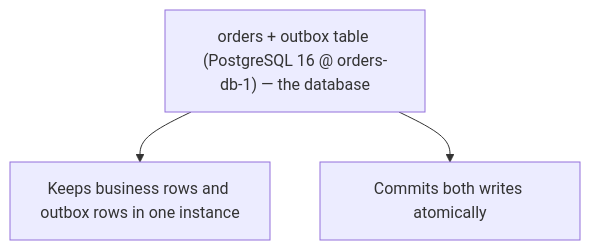
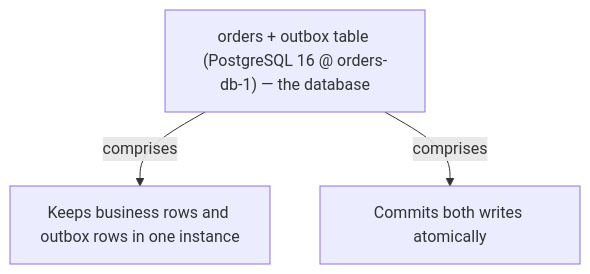
One commit to vinayakuber/microservices-io-study-guide changed the sixth of 14 diagrams in docs/ch14-transactional-outbox.md. Above: the diagram before and after it, drawn with Mermaid. The commit also changed other lines of this file and 71 other files, not shown here.

First line of the commit message:
R18: label every diagram arrow with its meaning

````diff
--- a/docs/ch14-transactional-outbox.md
+++ b/docs/ch14-transactional-outbox.md
@@ -236,6 +236,6 @@
 ```mermaid
 flowchart TD
   R["orders + outbox table (PostgreSQL 16 @ orders-db-1) — the database"]
-  R --> P0["Keeps business rows and outbox rows in one instance"]
-  R --> P1["Commits both writes atomically"]
+  R -->|"comprises"| P0["Keeps business rows and outbox rows in one instance"]
+  R -->|"comprises"| P1["Commits both writes atomically"]
 ```
````
